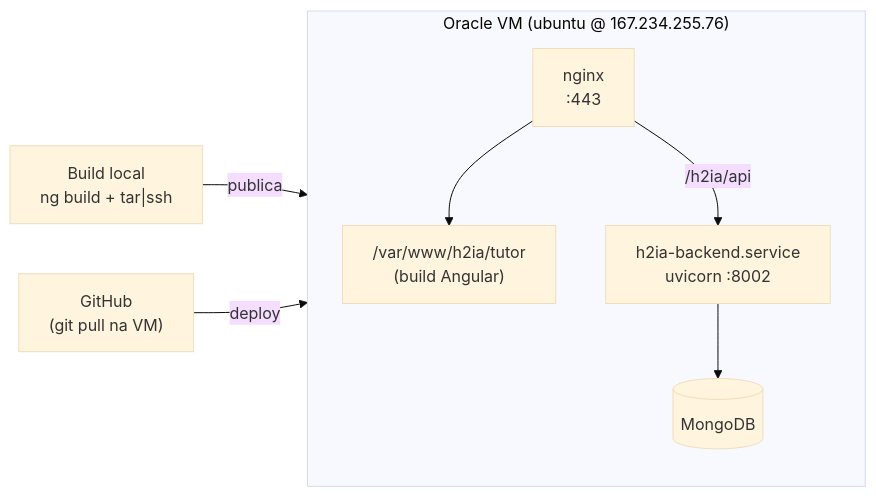
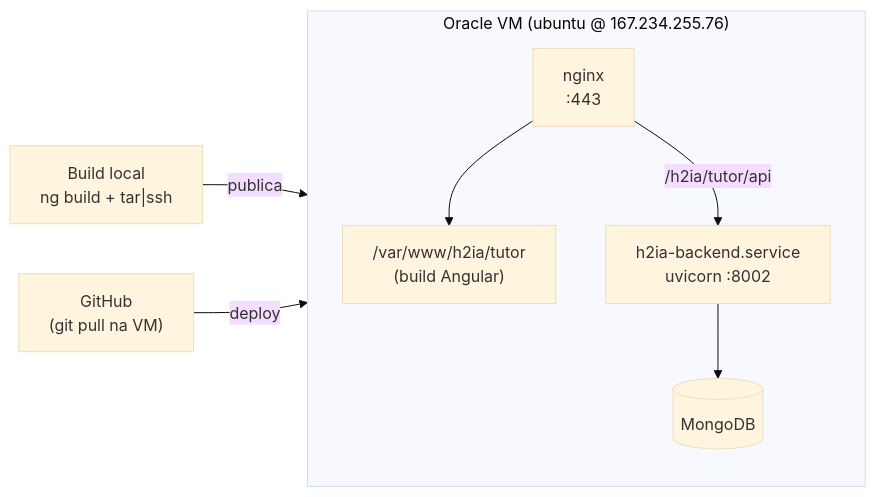
One commit to IanaMary/ensinado-aprendizado-maquina-back changed the second of 7 diagrams in docs/DOCUMENTACAO.md. Above: the diagram before and after it, drawn with Mermaid (base theme). The commit also changed other lines of this file and 1 other file, not shown here.

Commit message:
docs: API sob /h2ia/tutor/api + entrada CHANGELOG do fix 404 (porta 8002)

````diff
--- a/docs/DOCUMENTACAO.md
+++ b/docs/DOCUMENTACAO.md
@@ -92,15 +92,15 @@
 ```mermaid
 flowchart LR
   subgraph VM["Oracle VM (ubuntu @ 167.234.255.76)"]
     direction TB
     NG["nginx<br/>:443"]
     WWW["/var/www/h2ia/tutor<br/>(build Angular)"]
     SVC["h2ia-backend.service<br/>uvicorn :8002"]
     DB[("MongoDB")]
     NG --> WWW
-    NG -->|/h2ia/api| SVC
+    NG -->|/h2ia/tutor/api| SVC
     SVC --> DB
   end
   DEV["Build local<br/>ng build + tar|ssh"] -->|publica| WWW
   GIT["GitHub<br/>(git pull na VM)"] -->|deploy| SVC
 ```
````
